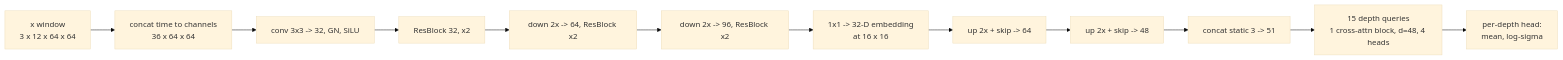
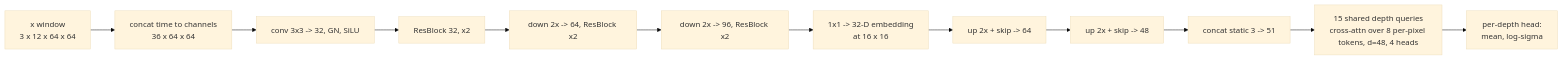
Before and after one commit to mchirasmith/Poseidon: the fifth of 8 diagrams in docs/poseidon_backend_spec.md, drawn with Mermaid (base theme). The commit also changed other lines of this file and 33 other files, not shown here.

````diff
--- a/docs/poseidon_backend_spec.md
+++ b/docs/poseidon_backend_spec.md
@@ -341,14 +342,14 @@
 ```mermaid
 flowchart LR
   IN["x window<br/>3 x 12 x 64 x 64"] --> CAT["concat time to channels<br/>36 x 64 x 64"]
   CAT --> E1["conv 3x3 -> 32, GN, SiLU"]
   E1 --> E2["ResBlock 32, x2"]
   E2 --> D1["down 2x -> 64, ResBlock x2"]
   D1 --> D2["down 2x -> 96, ResBlock x2"]
   D2 --> EMB["1x1 -> 32-D embedding<br/>at 16 x 16"]
   EMB --> U1["up 2x + skip -> 64"]
   U1 --> U2["up 2x + skip -> 48"]
   U2 --> ST["concat static 3 -> 51"]
-  ST --> DQ["15 depth queries<br/>1 cross-attn block, d=48, 4 heads"]
+  ST --> DQ["15 shared depth queries<br/>cross-attn over 8 per-pixel tokens, d=48, 4 heads"]
   DQ --> HD["per-depth head:<br/>mean, log-sigma"]
 ```
````
